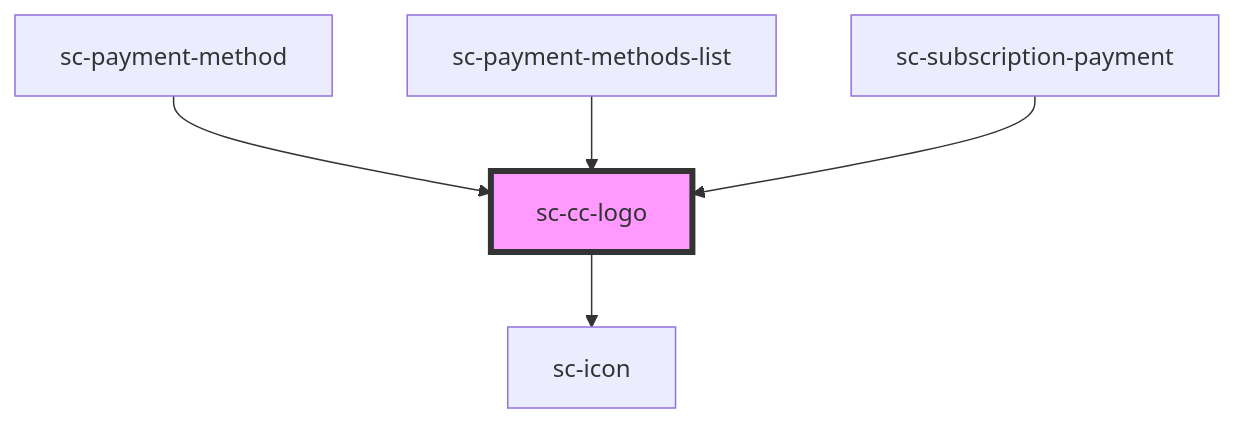
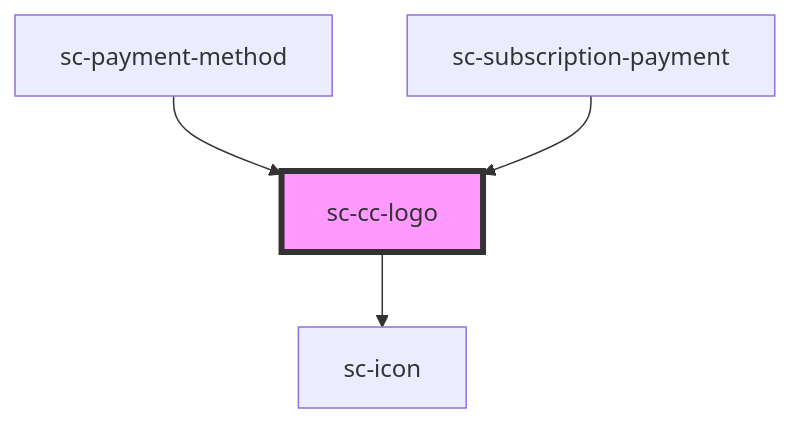
The diagram in packages/components/src/components/ui/cc-logo/readme.md (surecart/surecart-wp-plugin), drawn with Mermaid before and after one commit. The commit also changed other lines of this file and 22 other files, not shown here.

````diff
--- a/packages/components/src/components/ui/cc-logo/readme.md
+++ b/packages/components/src/components/ui/cc-logo/readme.md
@@ -35,8 +34,7 @@
 ```mermaid
 graph TD;
   sc-cc-logo --> sc-icon
   sc-payment-method --> sc-cc-logo
-  sc-payment-methods-list --> sc-cc-logo
   sc-subscription-payment --> sc-cc-logo
   style sc-cc-logo fill:#f9f,stroke:#333,stroke-width:4px
 ```
````
